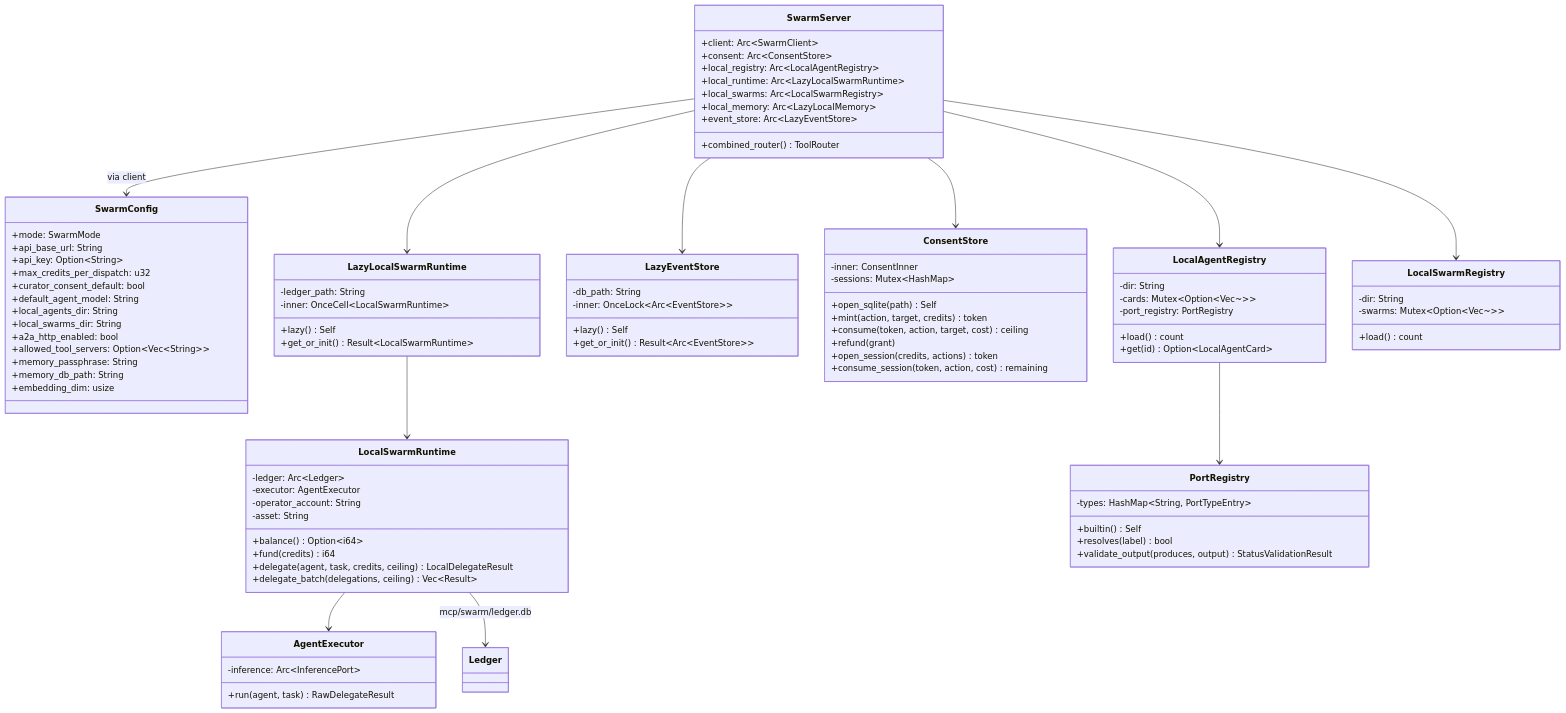
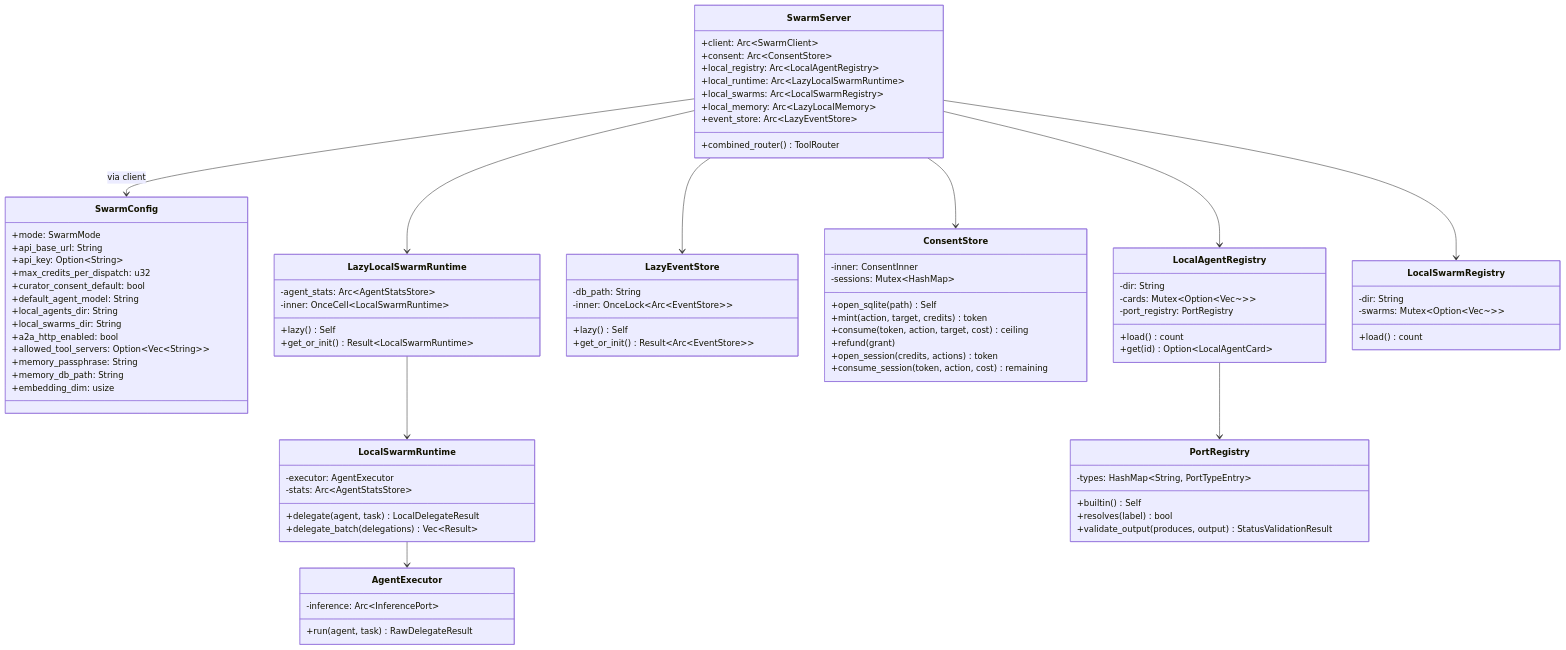
The first of 2 diagrams in kask/docs/diataxis/swarm_system/reference.md (mdz-axo/zed-kask), drawn with Mermaid before and after one commit. The commit also changed other lines of this file and 26 other files, not shown here.

````diff
--- a/kask/docs/diataxis/swarm_system/reference.md
+++ b/kask/docs/diataxis/swarm_system/reference.md
@@ -70,7 +71,7 @@
         +embedding_dim: usize
     }
     class LazyLocalSwarmRuntime {
-        -ledger_path: String
+        -agent_stats: Arc~AgentStatsStore~
         -inner: OnceCell~LocalSwarmRuntime~
         +lazy() Self
         +get_or_init() Result~LocalSwarmRuntime~
@@ -82,14 +83,10 @@
         +get_or_init() Result~Arc~EventStore~~
     }
     class LocalSwarmRuntime {
-        -ledger: Arc~Ledger~
         -executor: AgentExecutor
-        -operator_account: String
-        -asset: String
-        +balance() Option~i64~
-        +fund(credits) i64
-        +delegate(agent, task, credits, ceiling) LocalDelegateResult
-        +delegate_batch(delegations, ceiling) Vec~Result~
+        -stats: Arc~AgentStatsStore~
+        +delegate(agent, task) LocalDelegateResult
+        +delegate_batch(delegations) Vec~Result~
     }
     class AgentExecutor {
         -inference: Arc~InferencePort~
@@ -131,6 +128,5 @@
     SwarmServer --> LazyEventStore
     LazyLocalSwarmRuntime --> LocalSwarmRuntime
     LocalSwarmRuntime --> AgentExecutor
-    LocalSwarmRuntime --> Ledger : mcp/swarm/ledger.db
     LocalAgentRegistry --> PortRegistry
 ```
````
